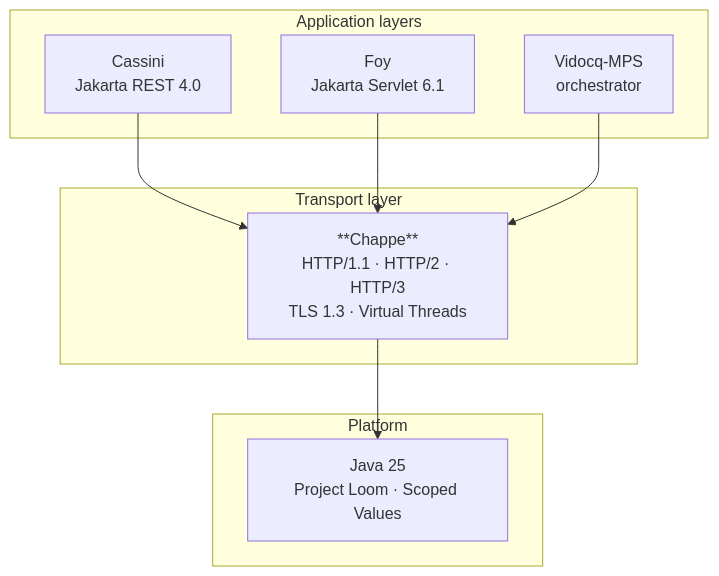
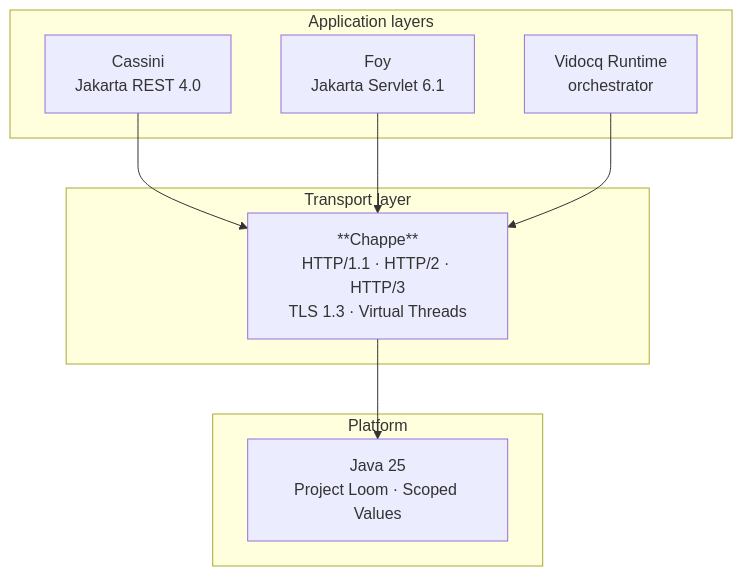
One commit to vidocq-stack/chappe changed the diagram in docs/en/modules/ROOT/pages/index.adoc. Above: the diagram before and after it, drawn with Mermaid. The commit also changed 2 other files, not shown here.

Commit message:
docs: rename vidocq-mps → vidocq (Vidocq Runtime)

```diff
--- a/docs/en/modules/ROOT/pages/index.adoc
+++ b/docs/en/modules/ROOT/pages/index.adoc
@@ -39,19 +39,19 @@
 [mermaid]
 ....
 flowchart TB
     subgraph apps["Application layers"]
         cassini["Cassini<br/>Jakarta REST 4.0"]
         foy["Foy<br/>Jakarta Servlet 6.1"]
-        vidocq["Vidocq-MPS<br/>orchestrator"]
+        vidocq["Vidocq Runtime<br/>orchestrator"]
     end
     subgraph transport["Transport layer"]
         chappe["**Chappe**<br/>HTTP/1.1 · HTTP/2 · HTTP/3<br/>TLS 1.3 · Virtual Threads"]
     end
     subgraph jdk["Platform"]
         loom["Java 25<br/>Project Loom · Scoped Values"]
     end
     cassini --> chappe
     foy --> chappe
     vidocq --> chappe
     chappe --> loom
 ....
```
